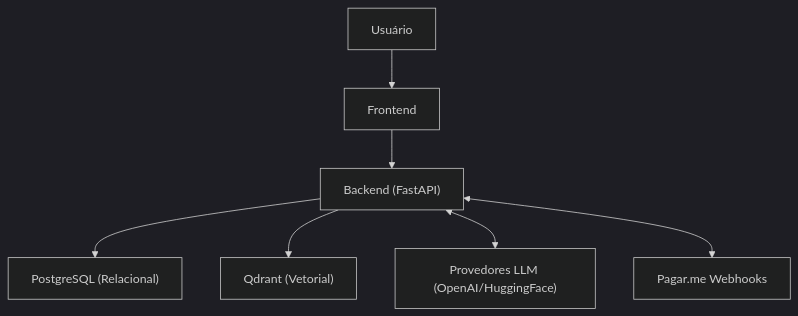
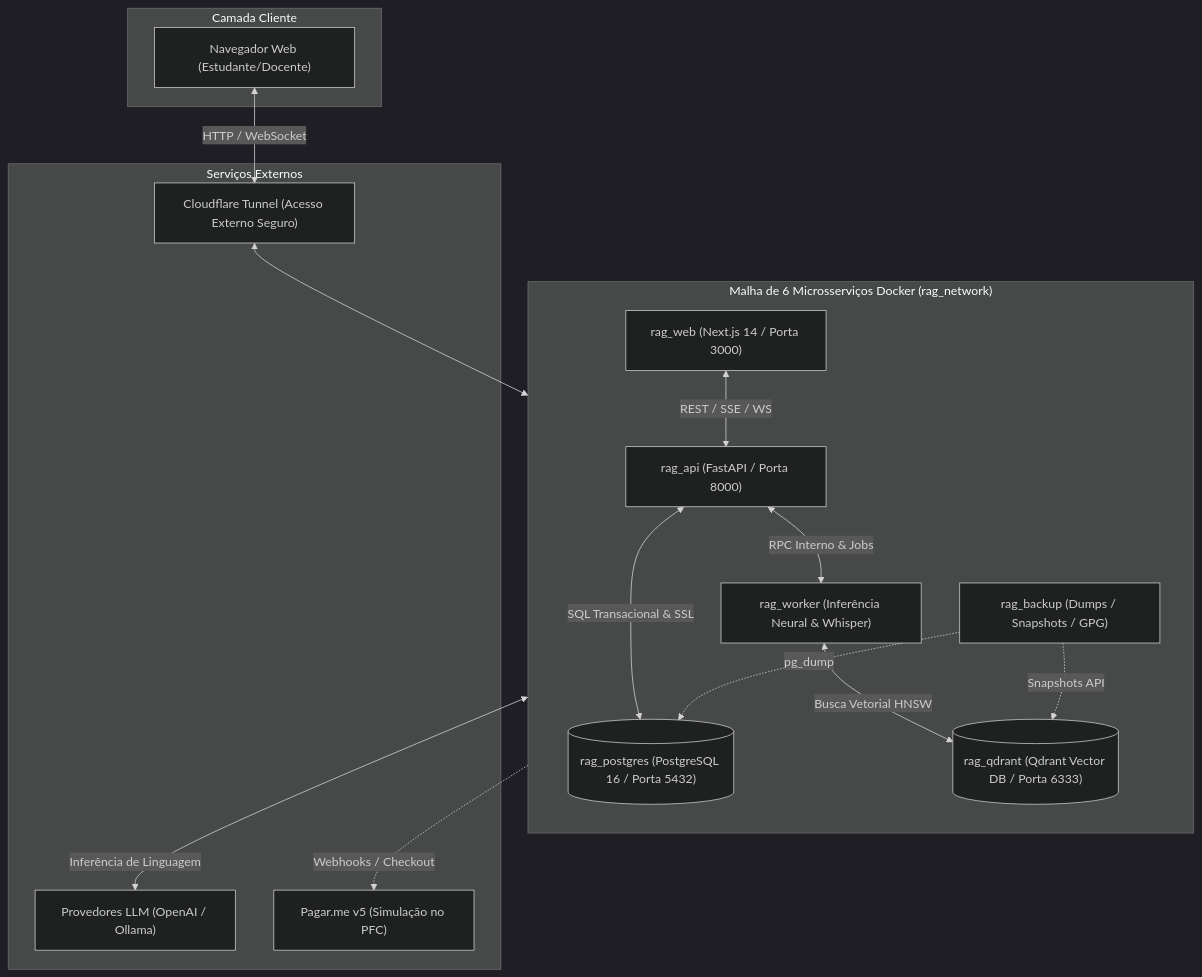
Before and after one commit to UniPFC/MentorIA: the diagram in README.md, drawn with Mermaid (dark theme). The commit also changed other lines of this file, not shown here.

````diff
--- a/README.md
+++ b/README.md
@@ -48,9 +76,33 @@
 ```mermaid
-graph TD
-    User["Usuário"] --> Web["Frontend"]
-    Web --> API["Backend (FastAPI)"]
-    API --> DB["PostgreSQL (Relacional)"]
-    API --> VectorDB["Qdrant (Vetorial)"]
-    API <--> ExternalAI["Provedores LLM (OpenAI/HuggingFace)"]
-    API <--> PaymentGateway["Pagar.me Webhooks"]
+flowchart TD
+    subgraph Cliente ["Camada Cliente"]
+        Browser["Navegador Web (Estudante/Docente)"]
+    end
+
+    subgraph DockerMesh ["Malha de 6 Microsserviços Docker (rag_network)"]
+        direction TB
+        Web["rag_web (Next.js 14 / Porta 3000)"]
+        API["rag_api (FastAPI / Porta 8000)"]
+        Worker["rag_worker (Inferência Neural & Whisper)"]
+        Postgres[("rag_postgres (PostgreSQL 16 / Porta 5432)")]
+        Qdrant[("rag_qdrant (Qdrant Vector DB / Porta 6333)")]
+        Backup["rag_backup (Dumps / Snapshots / GPG)"]
+    end
+
+    subgraph Provedores ["Serviços Externos"]
+        OpenAI["Provedores LLM (OpenAI / Ollama)"]
+        Cloudflare["Cloudflare Tunnel (Acesso Externo Seguro)"]
+        Gateway["Pagar.me v5 (Simulação no PFC)"]
+    end
+
+    Browser <-->|HTTP / WebSocket| Cloudflare
+    Cloudflare <--> Web
+    Web <-->|REST / SSE / WS| API
+    API <-->|RPC Interno & Jobs| Worker
+    API <-->|SQL Transacional & SSL| Postgres
+    Worker <-->|Busca Vetorial HNSW| Qdrant
+    Worker <-->|Inferência de Linguagem| OpenAI
+    API -.->|Webhooks / Checkout| Gateway
+    Backup -.->|pg_dump| Postgres
+    Backup -.->|Snapshots API| Qdrant
 ```
````
